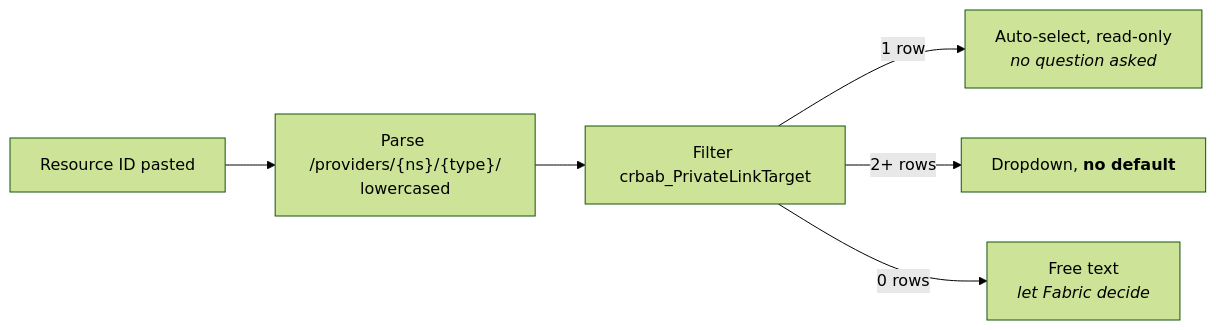
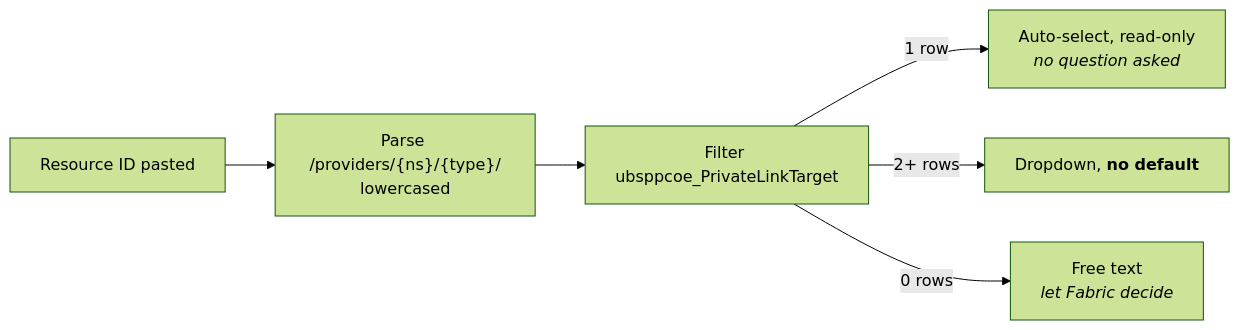
The fifth of 5 diagrams in docs/HIGH-LEVEL-ARCHITECTURE.md (velniaszs/Fabric_Workspace_Settings), drawn with Mermaid (forest theme) before and after one commit. The commit also changed other lines of this file and 35 other files, not shown here.

````diff
--- a/docs/HIGH-LEVEL-ARCHITECTURE.md
+++ b/docs/HIGH-LEVEL-ARCHITECTURE.md
@@ -237,8 +237,8 @@
 ```mermaid
 flowchart LR
     A["Resource ID pasted"] --> B["Parse /providers/{ns}/{type}/<br/>lowercased"]
-    B --> C["Filter crbab_PrivateLinkTarget"]
+    B --> C["Filter ubsppcoe_PrivateLinkTarget"]
     C -->|1 row| D["Auto-select, read-only<br/><i>no question asked</i>"]
     C -->|2+ rows| E["Dropdown, <b>no default</b>"]
     C -->|0 rows| F["Free text<br/><i>let Fabric decide</i>"]
 ```
````
